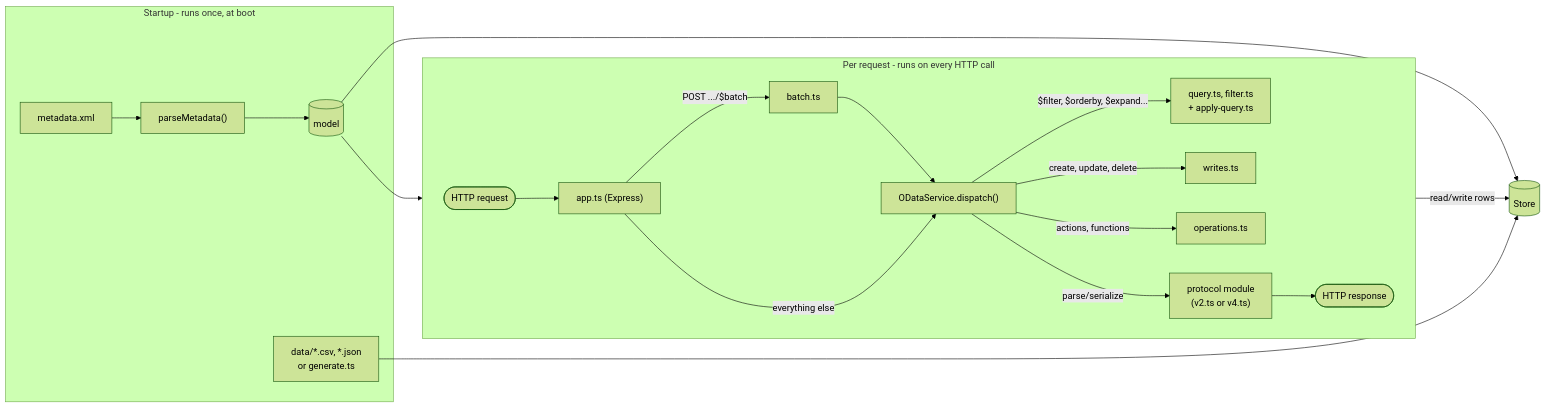
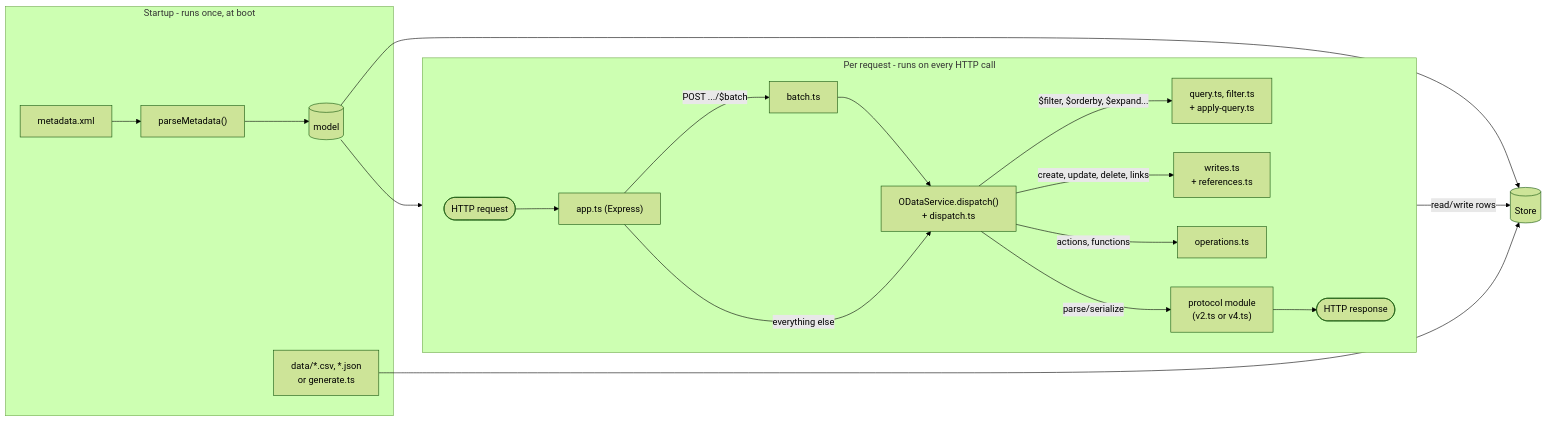
Before and after one commit to jaravan/odata-prova: the diagram in docs/architecture.md, drawn with Mermaid (forest theme). The commit also changed other lines of this file, not shown here.

Commit message:
docs(architecture): map the modules

````diff
--- a/docs/architecture.md
+++ b/docs/architecture.md
@@ -3,27 +3,27 @@
 ```mermaid
 flowchart LR
     subgraph Startup["Startup - runs once, at boot"]
         MX["metadata.xml"] --> PM["parseMetadata()"]
         PM --> MODEL[("model")]
         SEED["data/*.csv, *.json<br/>or generate.ts"]
     end
 
     ST[("Store")]
     MODEL --> ST
     SEED --> ST
 
     subgraph Request["Per request - runs on every HTTP call"]
         direction LR
         REQ(["HTTP request"]) --> APP["app.ts (Express)"]
         APP -- "POST .../$batch" --> BATCH["batch.ts"] --> SVC
-        APP -- "everything else" --> SVC["ODataService.dispatch()"]
+        APP -- "everything else" --> SVC["ODataService.dispatch()<br/>+ dispatch.ts"]
         SVC -- "$filter, $orderby, $expand..." --> QF["query.ts, filter.ts<br/>+ apply-query.ts"]
-        SVC -- "create, update, delete" --> WR["writes.ts"]
+        SVC -- "create, update, delete, links" --> WR["writes.ts<br/>+ references.ts"]
         SVC -- "actions, functions" --> OPS["operations.ts"]
         SVC -- "parse/serialize" --> PROTO["protocol module<br/>(v2.ts or v4.ts)"]
         PROTO --> RES(["HTTP response"])
     end
 
     MODEL --> SVC
     SVC -- "read/write rows" --> ST
 ```
````
